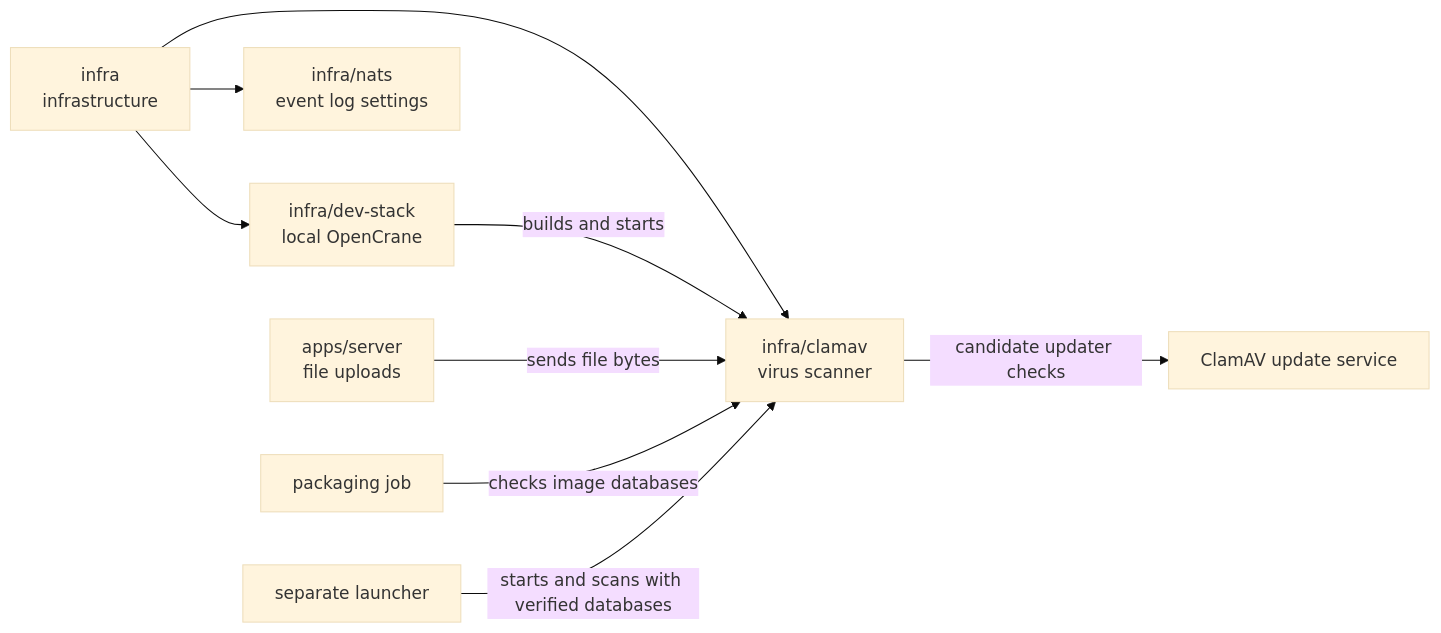
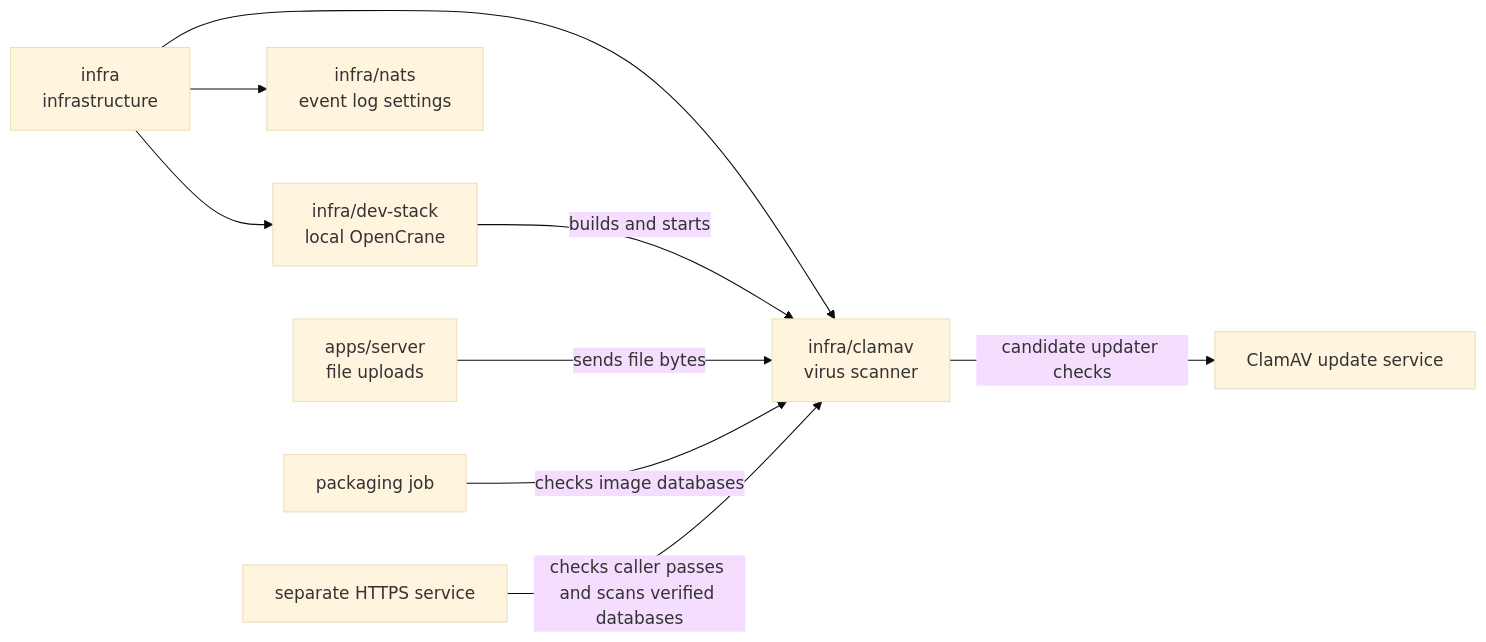
Before and after one commit to elewa-git/opencrane-new: the diagram in infra/clamav/README.md, drawn with Mermaid (base theme). The commit also changed other lines of this file and 6 other files, not shown here.

Commit message:
🔒 Serve authenticated bounded upload scans over HTTPS

````diff
--- a/infra/clamav/README.md
+++ b/infra/clamav/README.md
@@ -15,11 +15,11 @@
 ```mermaid
 flowchart LR
   infra["infra<br/>infrastructure"] --> clamav["infra/clamav<br/>virus scanner"]
   infra --> stack["infra/dev-stack<br/>local OpenCrane"]
   infra --> nats["infra/nats<br/>event log settings"]
   stack -->|builds and starts| clamav
   server["apps/server<br/>file uploads"] -->|sends file bytes| clamav
   clamav -->|candidate updater checks| updates["ClamAV update service"]
   packaging["packaging job"] -->|checks image databases| clamav
-  launcher["separate launcher"] -->|starts and scans with verified databases| clamav
+  launcher["separate HTTPS service"] -->|checks caller passes and scans verified databases| clamav
 ```
````
